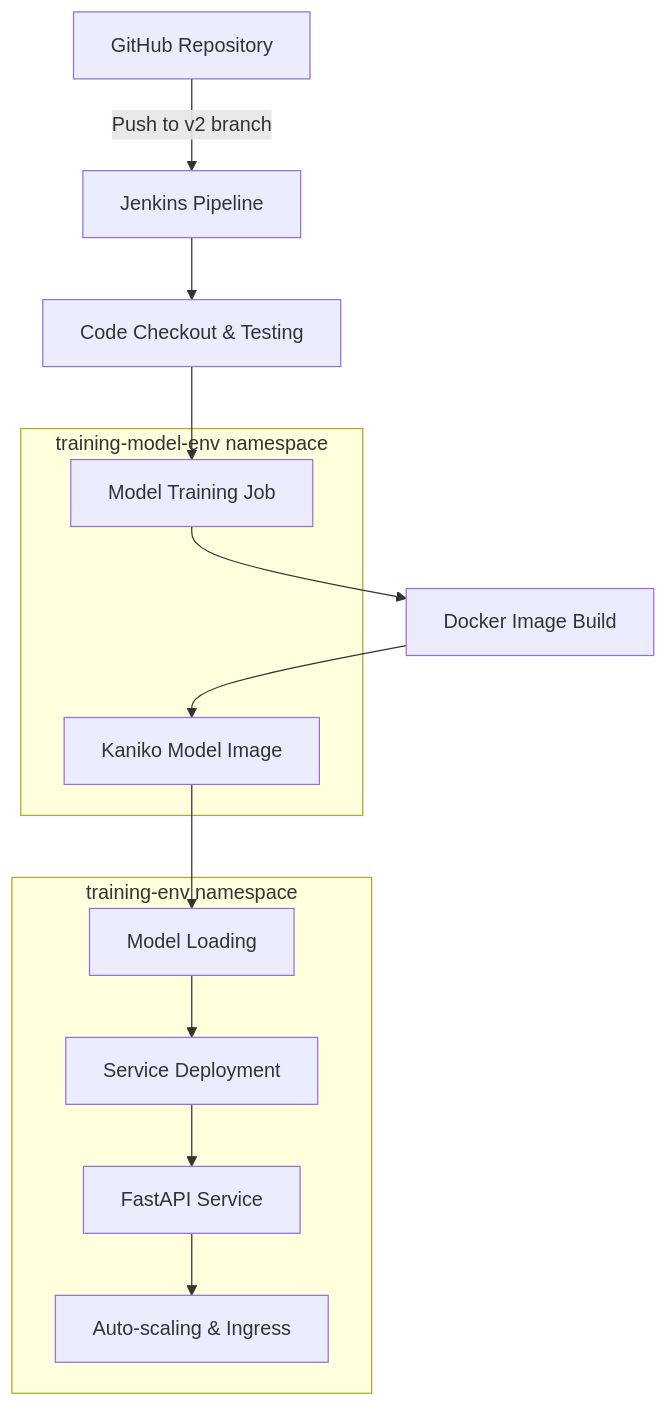
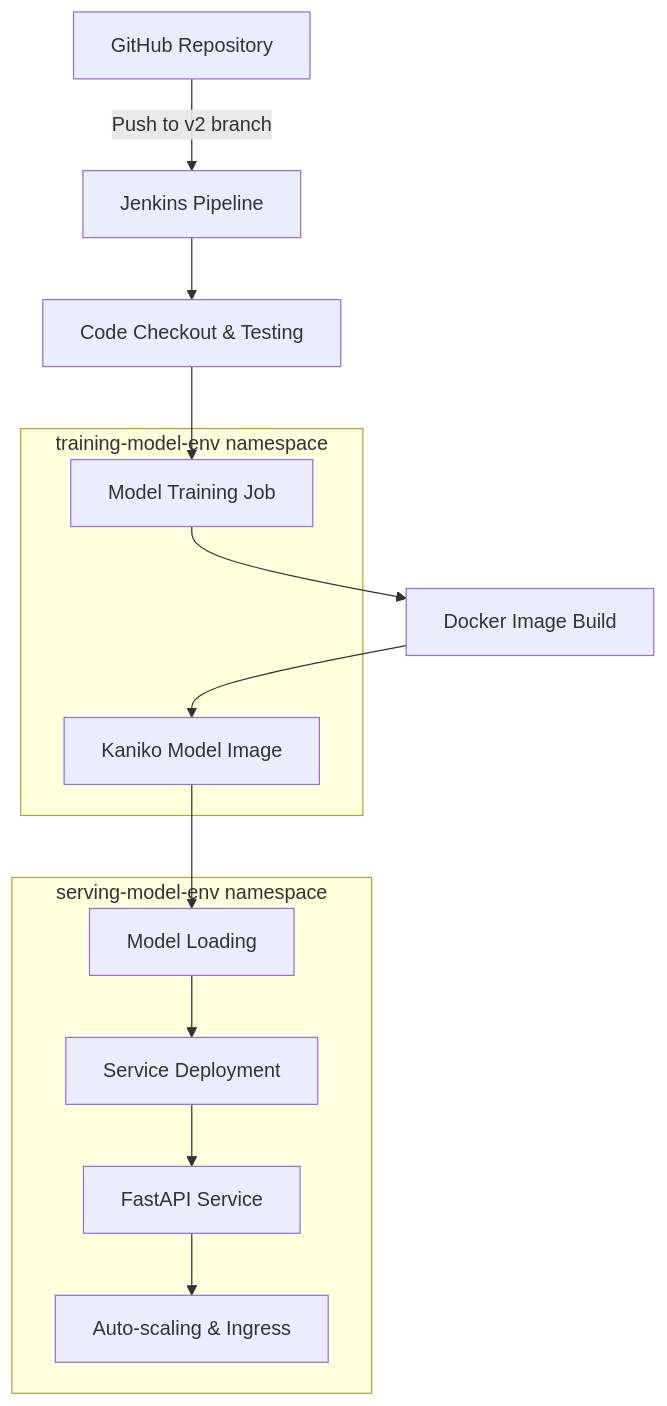
Before and after one commit to Ashutosh-Jadhav/ML_Ops: the first of 2 diagrams in README.md, drawn with Mermaid. The commit also changed other lines of this file and 8 other files, not shown here.

````diff
--- a/README.md
+++ b/README.md
@@ -40,24 +40,24 @@
 ```mermaid
 graph TB
     A[GitHub Repository] -->|Push to v2 branch| B[Jenkins Pipeline]
     B --> C[Code Checkout & Testing]
     C --> D[Model Training Job]
     D --> E[Docker Image Build]
     E --> F[Kaniko Model Image]
     F --> G[Model Loading]
     G --> H[Service Deployment]
     H --> I[FastAPI Service]
     I --> J[Auto-scaling & Ingress]
     
     subgraph "training-model-env namespace"
         D
         F
     end
     
-    subgraph "training-env namespace"
+    subgraph "serving-model-env namespace"
         G
         H
         I
         J
     end
 ```
````
